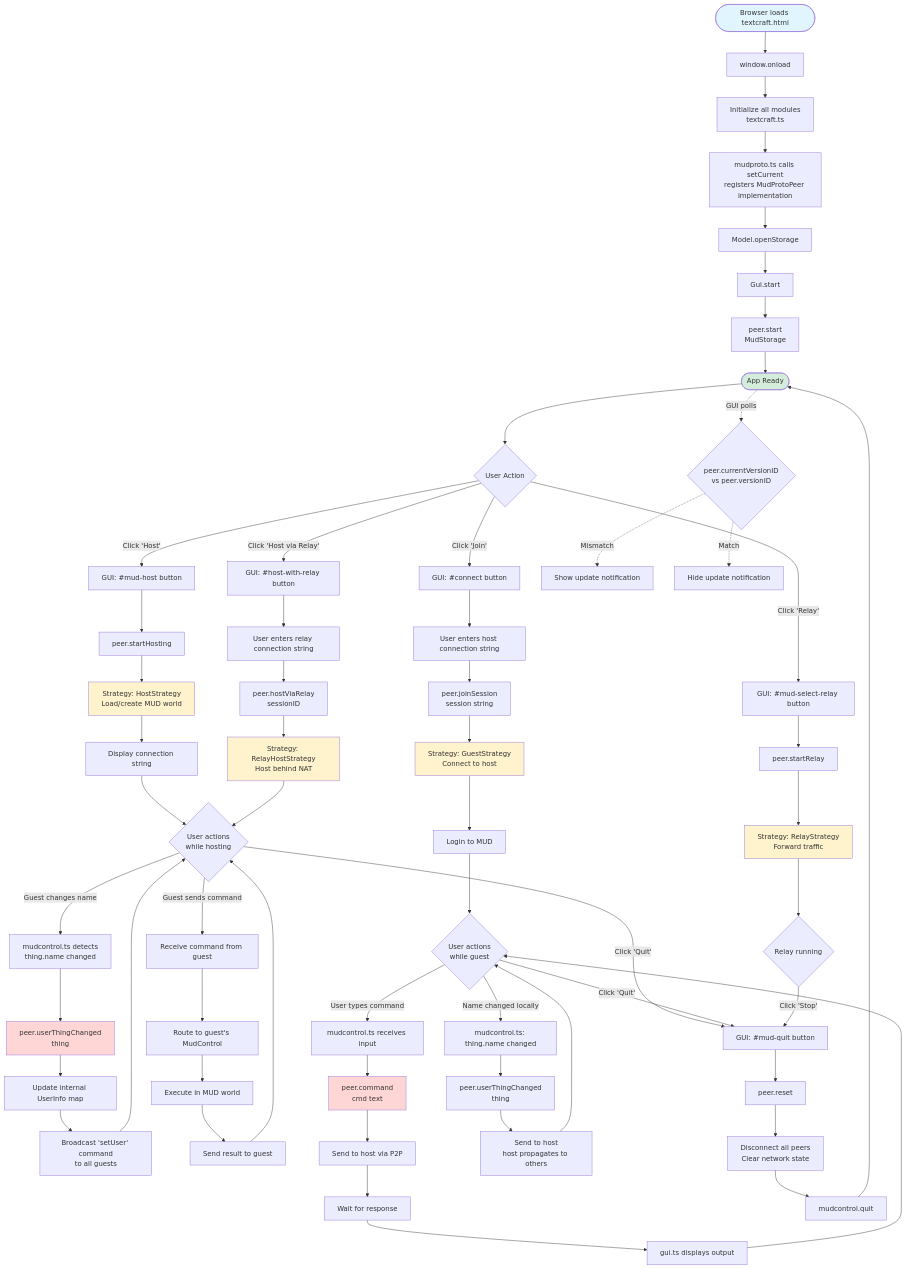
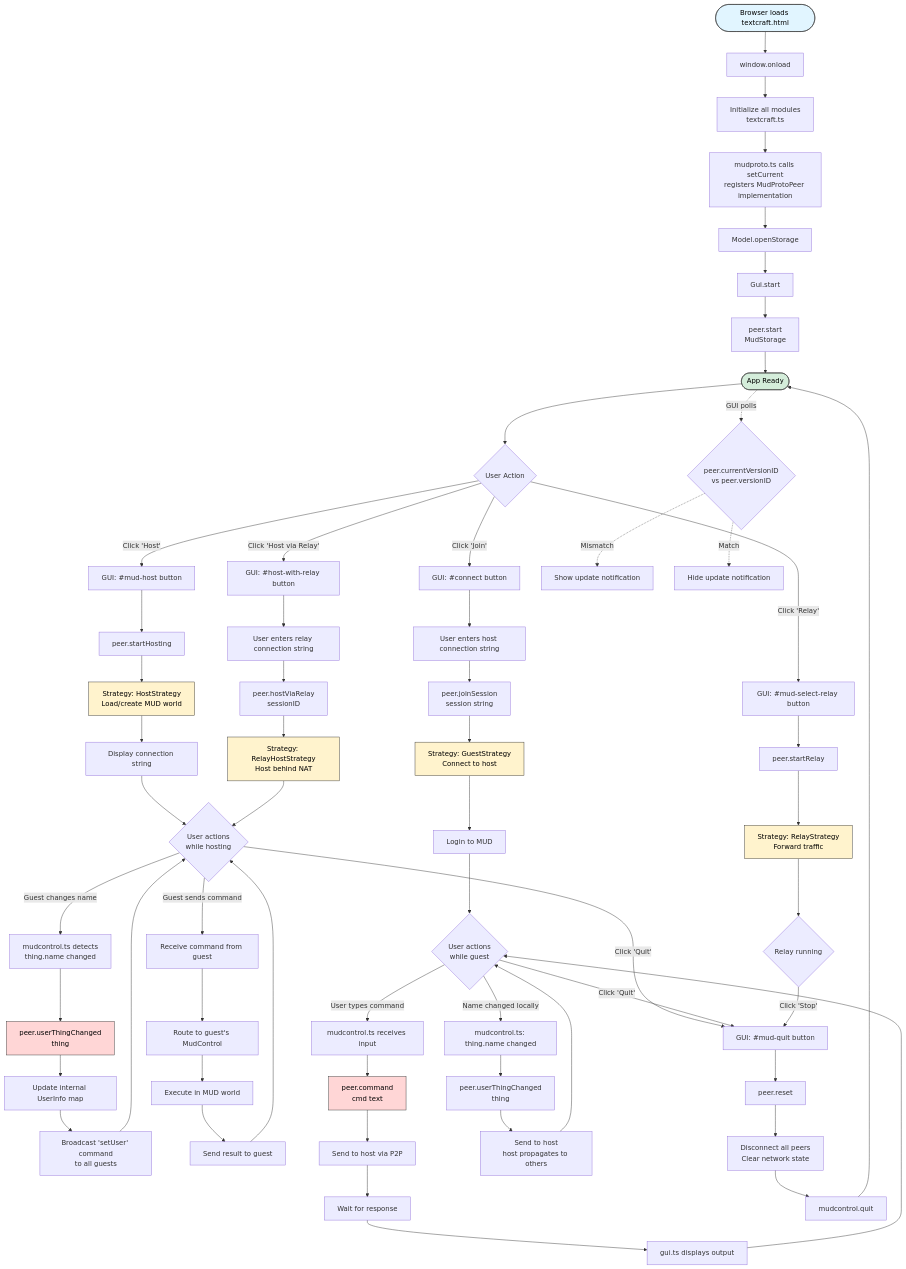
One commit to zot/textcraft changed the first of 2 diagrams in ipeer-flow-diagram.md. Above: the diagram before and after it, drawn with Mermaid. The commit also changed 1 other file, not shown here.

Commit message:
improve diagrams

````diff
--- a/ipeer-flow-diagram.md
+++ b/ipeer-flow-diagram.md
@@ -86,12 +86,12 @@
     CheckVersion -.->|Mismatch| ShowUpdate[Show update notification]
     CheckVersion -.->|Match| HideUpdate[Hide update notification]
 
-    style Start fill:#e1f5ff
-    style Ready fill:#d4edda
-    style BecomeHost fill:#fff3cd
-    style BecomeGuest fill:#fff3cd
-    style BecomeRelay fill:#fff3cd
-    style BecomeRelayHost fill:#fff3cd
-    style UserThingChanged fill:#ffd6d6
-    style PeerCommand fill:#ffd6d6
+    style Start fill:#e1f5ff,stroke:#333,color:#000
+    style Ready fill:#d4edda,stroke:#333,color:#000
+    style BecomeHost fill:#fff3cd,stroke:#333,color:#000
+    style BecomeGuest fill:#fff3cd,stroke:#333,color:#000
+    style BecomeRelay fill:#fff3cd,stroke:#333,color:#000
+    style BecomeRelayHost fill:#fff3cd,stroke:#333,color:#000
+    style UserThingChanged fill:#ffd6d6,stroke:#333,color:#000
+    style PeerCommand fill:#ffd6d6,stroke:#333,color:#000
 ```
````
